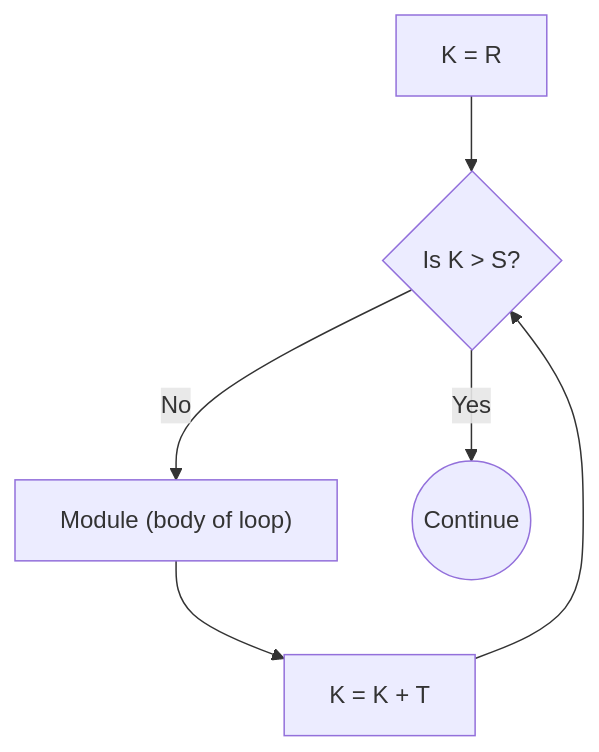
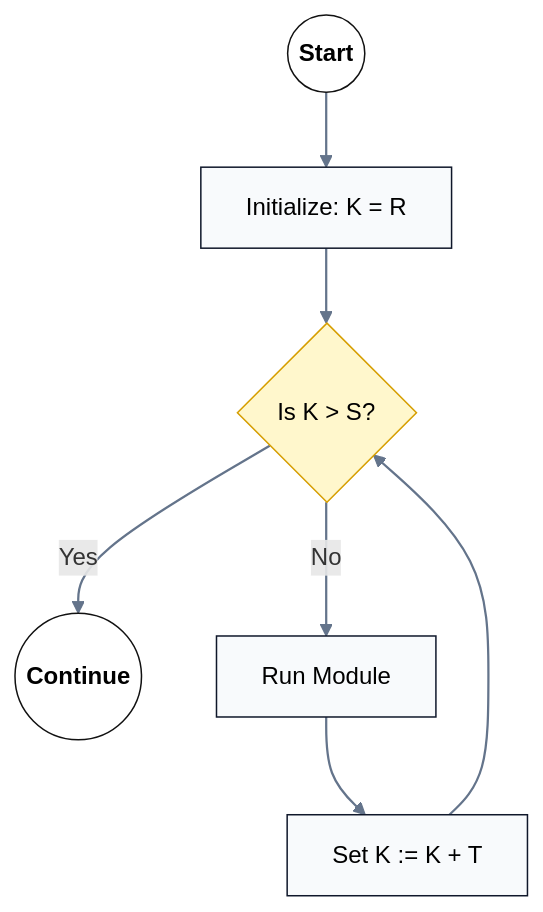
One commit to M-F-Tushar/CSE-2101-Data-Structure changed the sixth of 7 diagrams in Chapter 2 - Preliminaries/README.md. Above: the diagram before and after it, drawn with Mermaid. The commit also changed other lines of this file, not shown here.

````diff
--- a/Chapter 2 - Preliminaries/README.md
+++ b/Chapter 2 - Preliminaries/README.md
@@ -692,7 +703,13 @@
 ```mermaid
 flowchart TD
-    Start["K = R"] --> Check{Is K > S?}
-    Check -- No --> Body["Module (body of loop)"]
-    Body --> Inc["K = K + T"] --> Check
-    Check -- Yes --> End((Continue))
+    %% Repeat-for loop
+    classDef terminal fill:#ffffff,stroke:#111,color:#000,font-weight:600;
+    classDef process fill:#f8fafc,stroke:#0f172a,color:#000;
+    classDef decision fill:#fff7cc,stroke:#d69e00,color:#000;
+
+    Start((Start)):::terminal --> Init["Initialize: K = R"]:::process --> Guard{"Is K > S?"}:::decision
+    Guard -- Yes --> End((Continue)):::terminal
+    Guard -- No --> Body["Run Module"]:::process --> Increment["Set K := K + T"]:::process --> Guard
+
+    linkStyle default stroke:#64748b,stroke-width:1.5px
 ```
````
